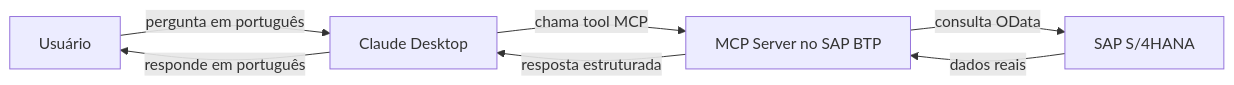
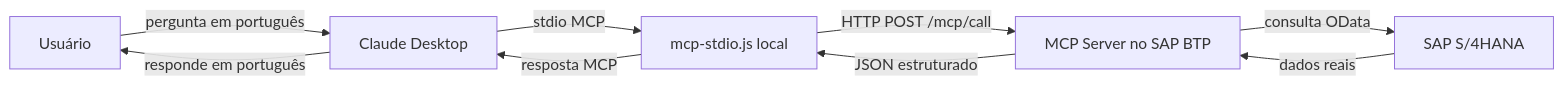
Before and after one commit to bernardcaldas/mcp-maintenance-cap: the diagram in readme.md, drawn with Mermaid. The commit also changed other lines of this file and 1 other file, not shown here.

First line of the commit message:
docs: add Claude Desktop MCP stdio setup and demo questions

````diff
--- a/readme.md
+++ b/readme.md
@@ -46,9 +45,11 @@
 ```mermaid
 flowchart LR
     A[Usuário] -->|pergunta em português| B[Claude Desktop]
-    B -->|chama tool MCP| C[MCP Server no SAP BTP]
-    C -->|consulta OData| D[SAP S/4HANA]
-    D -->|dados reais| C
-    C -->|resposta estruturada| B
+    B -->|stdio MCP| C[mcp-stdio.js local]
+    C -->|HTTP POST /mcp/call| D[MCP Server no SAP BTP]
+    D -->|consulta OData| E[SAP S/4HANA]
+    E -->|dados reais| D
+    D -->|JSON estruturado| C
+    C -->|resposta MCP| B
     B -->|responde em português| A
 ```
````
